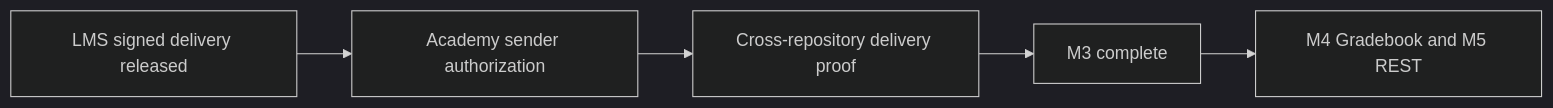
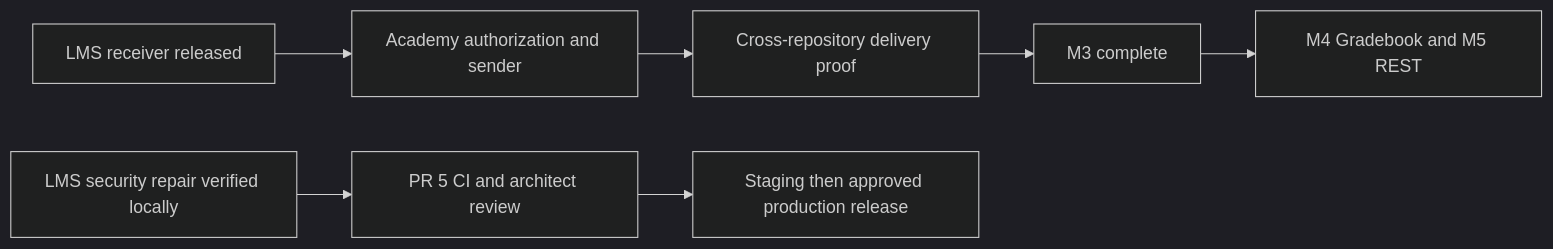
One commit to ricardojjulia/ChurchCore-LMS changed the diagram in docs/factory-status.md. Above: the diagram before and after it, drawn with Mermaid (dark theme). The commit also changed other lines of this file and 28 other files, not shown here.

````diff
--- a/docs/factory-status.md
+++ b/docs/factory-status.md
@@ -23,7 +26,9 @@
 ```mermaid
 flowchart LR
-  A[LMS signed delivery released] --> B[Academy sender authorization]
+  A[LMS receiver released] --> B[Academy authorization and sender]
   B --> C[Cross-repository delivery proof]
   C --> D[M3 complete]
   D --> E[M4 Gradebook and M5 REST]
+  F[LMS security repair verified locally] --> G[PR 5 CI and architect review]
+  G --> H[Staging then approved production release]
 ```
````
